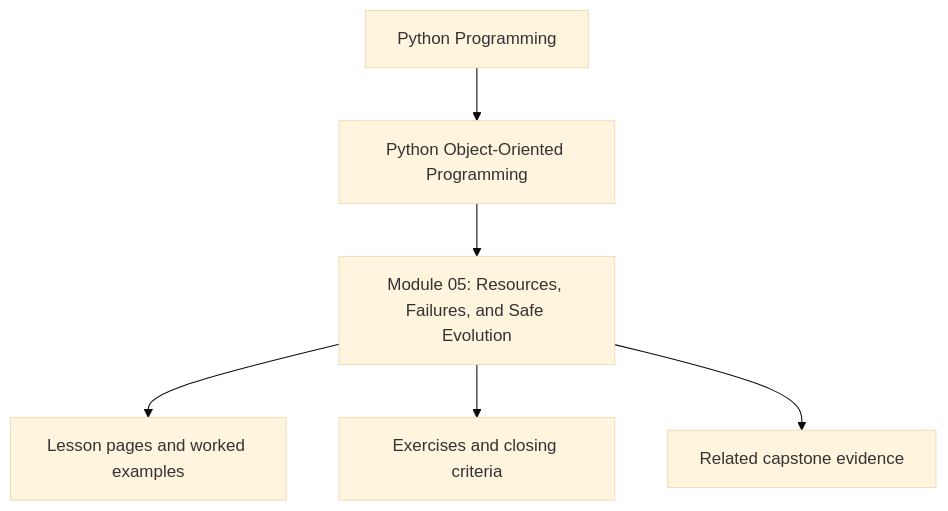
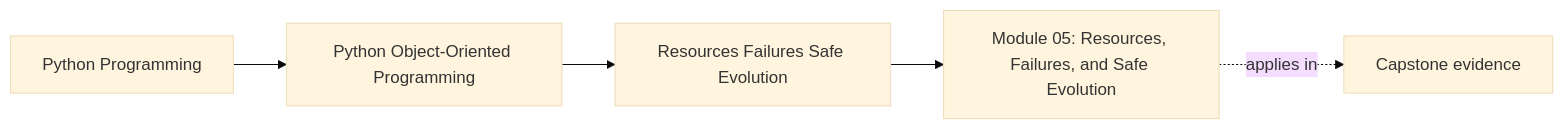
Before and after one commit to bijux/bijux-masterclass: the first of 2 diagrams in programs/python-programming/python-object-oriented-programming/course-book/module-05-resources-failures-safe-evolution/index.md, drawn with Mermaid (base theme). The commit also changed other lines of this file and 103 other files, not shown here.

Commit message:
docs(python-object-oriented-programming): map sustainment and capstone surfaces

````diff
--- a/programs/python-programming/python-object-oriented-programming/course-book/module-05-resources-failures-safe-evolution/index.md
+++ b/programs/python-programming/python-object-oriented-programming/course-book/module-05-resources-failures-safe-evolution/index.md
@@ -7,8 +7,11 @@
 ```mermaid
-flowchart TD
-  family["Python Programming"] --> program["Python Object-Oriented Programming"]
-  program --> module["Module 05: Resources, Failures, and Safe Evolution"]
-  module --> lessons["Lesson pages and worked examples"]
-  module --> checkpoints["Exercises and closing criteria"]
-  module --> capstone["Related capstone evidence"]
+graph LR
+  family["Python Programming"]
+  program["Python Object-Oriented Programming"]
+  section["Resources Failures Safe Evolution"]
+  page["Module 05: Resources, Failures, and Safe Evolution"]
+  capstone["Capstone evidence"]
+
+  family --> program --> section --> page
+  page -.applies in.-> capstone
 ```
````
